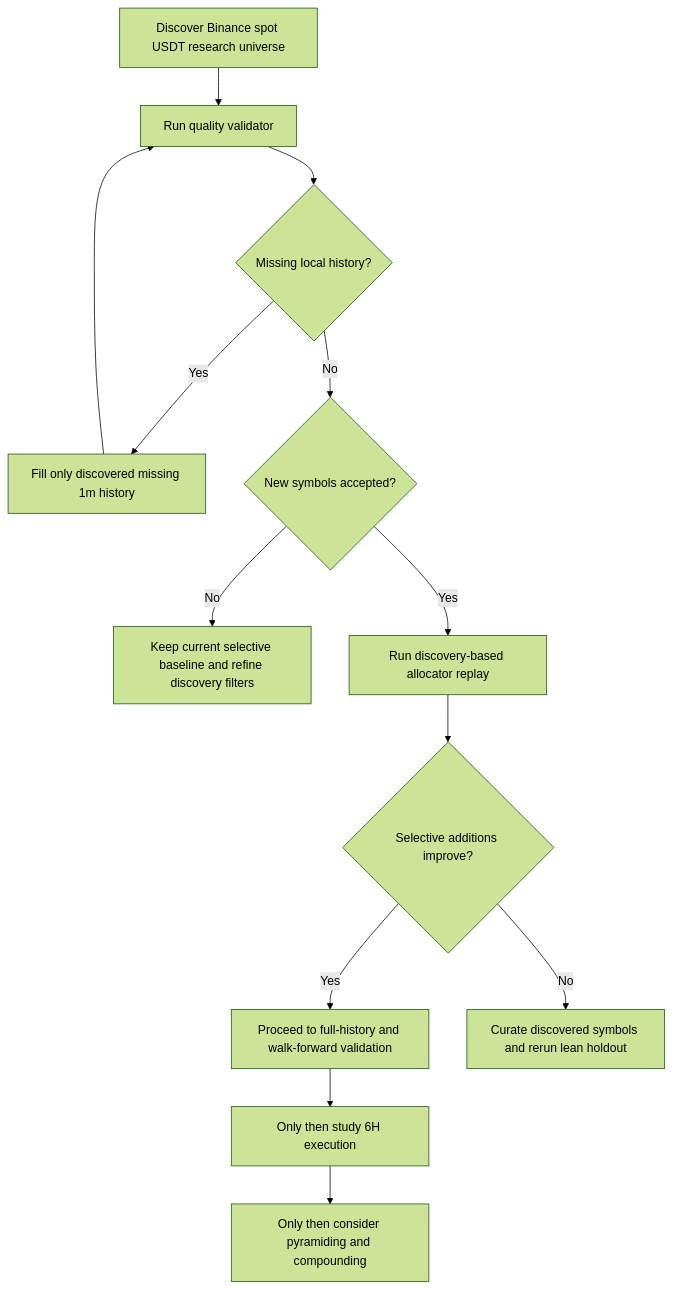
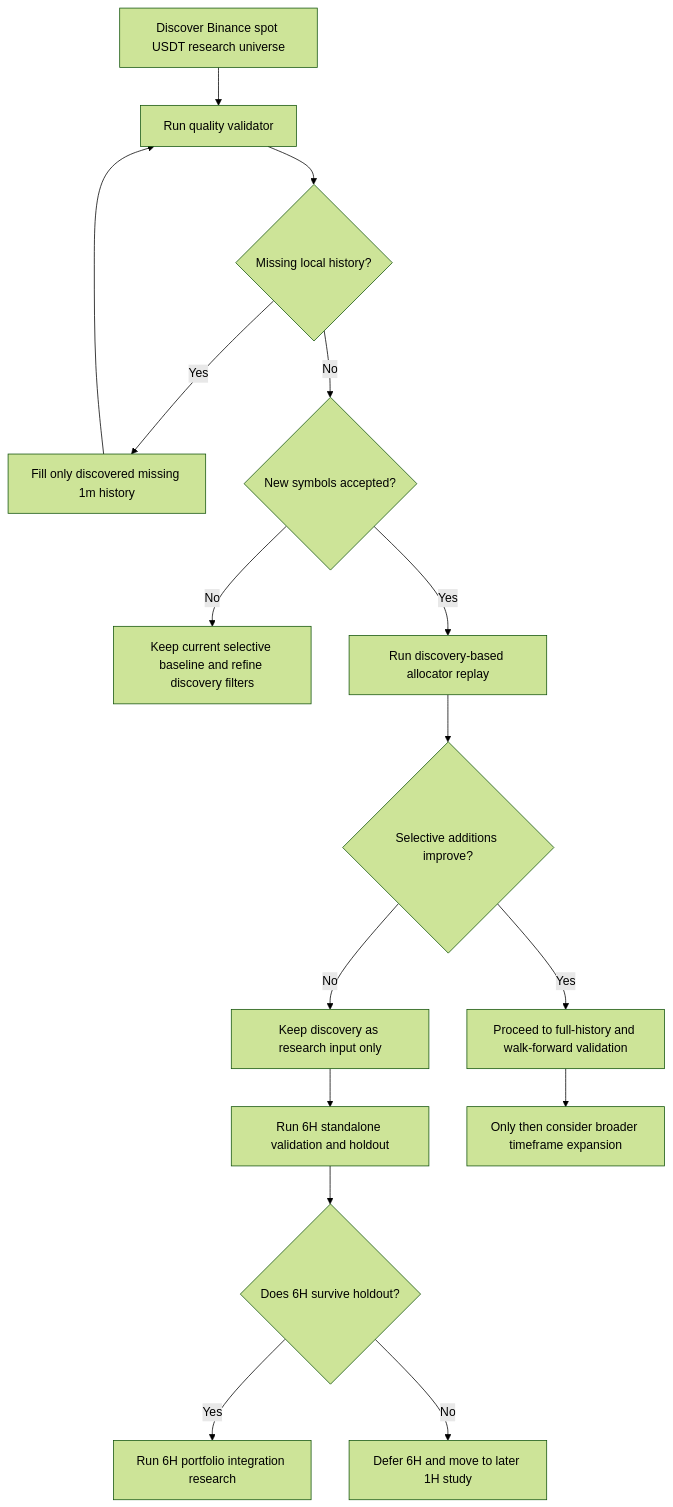
The second of 3 diagrams in README.md (nneupane1/Retail-Trading-System), drawn with Mermaid (forest theme) before and after one commit. The commit also changed other lines of this file and 14 other files, not shown here.

````diff
--- a/README.md
+++ b/README.md
@@ -1128,15 +1194,18 @@
 ```mermaid
 flowchart TD
     A[Discover Binance spot USDT research universe] --> B[Run quality validator]
     B --> C{Missing local history?}
     C -- Yes --> D[Fill only discovered missing 1m history]
     D --> B
     C -- No --> E{New symbols accepted?}
     E -- No --> F[Keep current selective baseline and refine discovery filters]
     E -- Yes --> G[Run discovery-based allocator replay]
     G --> H{Selective additions improve?}
     H -- Yes --> I[Proceed to full-history and walk-forward validation]
-    H -- No --> J[Curate discovered symbols and rerun lean holdout]
-    I --> K[Only then study 6H execution]
-    K --> L[Only then consider pyramiding and compounding]
+    H -- No --> J[Keep discovery as research input only]
+    J --> K[Run 6H standalone validation and holdout]
+    K --> L{Does 6H survive holdout?}
+    L -- Yes --> M[Run 6H portfolio integration research]
+    L -- No --> N[Defer 6H and move to later 1H study]
+    I --> O[Only then consider broader timeframe expansion]
 ```
````
